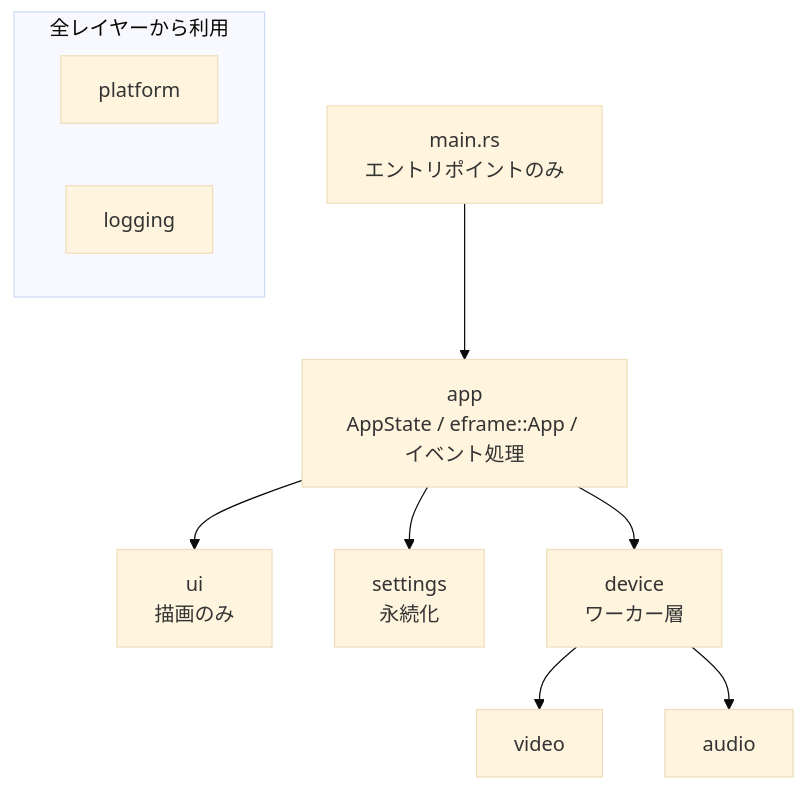
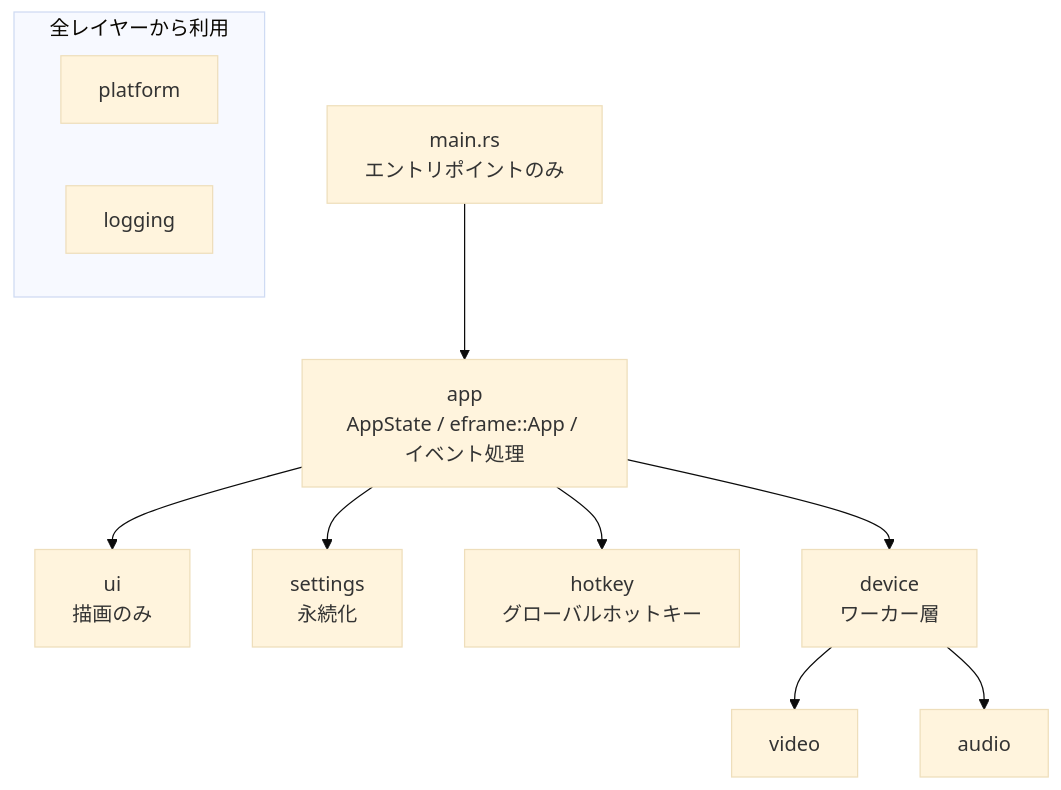
Before and after one commit to Mui-MuiMui/Capturecard_Viewer: the first of 4 diagrams in docs/ARCHITECTURE.md, drawn with Mermaid (base theme). The commit also changed other lines of this file and 6 other files, not shown here.

````diff
--- a/docs/ARCHITECTURE.md
+++ b/docs/ARCHITECTURE.md
@@ -22,24 +22,26 @@
 ```mermaid
 flowchart TD
     main["main.rs<br/>エントリポイントのみ"]
     app["app<br/>AppState / eframe::App / イベント処理"]
     ui["ui<br/>描画のみ"]
     settings["settings<br/>永続化"]
+    hotkey["hotkey<br/>グローバルホットキー"]
     device["device<br/>ワーカー層"]
     video["video"]
     audio["audio"]
     platform["platform"]
     logging["logging"]
 
     main --> app
     app --> ui
     app --> settings
+    app --> hotkey
     app --> device
     device --> video
     device --> audio
 
     subgraph shared ["全レイヤーから利用"]
         platform
         logging
     end
 ```
````
